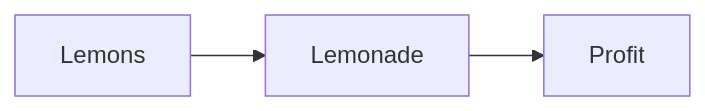
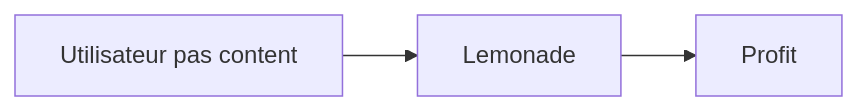
One commit to contrebasses/home changed the diagram in content/about/index.md. Above: the diagram before and after it, drawn with Mermaid. The commit also changed other lines of this file and 59 other files, not shown here.

```diff
--- a/content/about/index.md
+++ b/content/about/index.md
@@ -14,5 +18,5 @@
 {{< mermaid >}}
 graph LR;
-A[Lemons]-->B[Lemonade];
+A[Utilisateur pas content]-->B[Lemonade];
 B-->C[Profit]
 {{< /mermaid >}}
```
